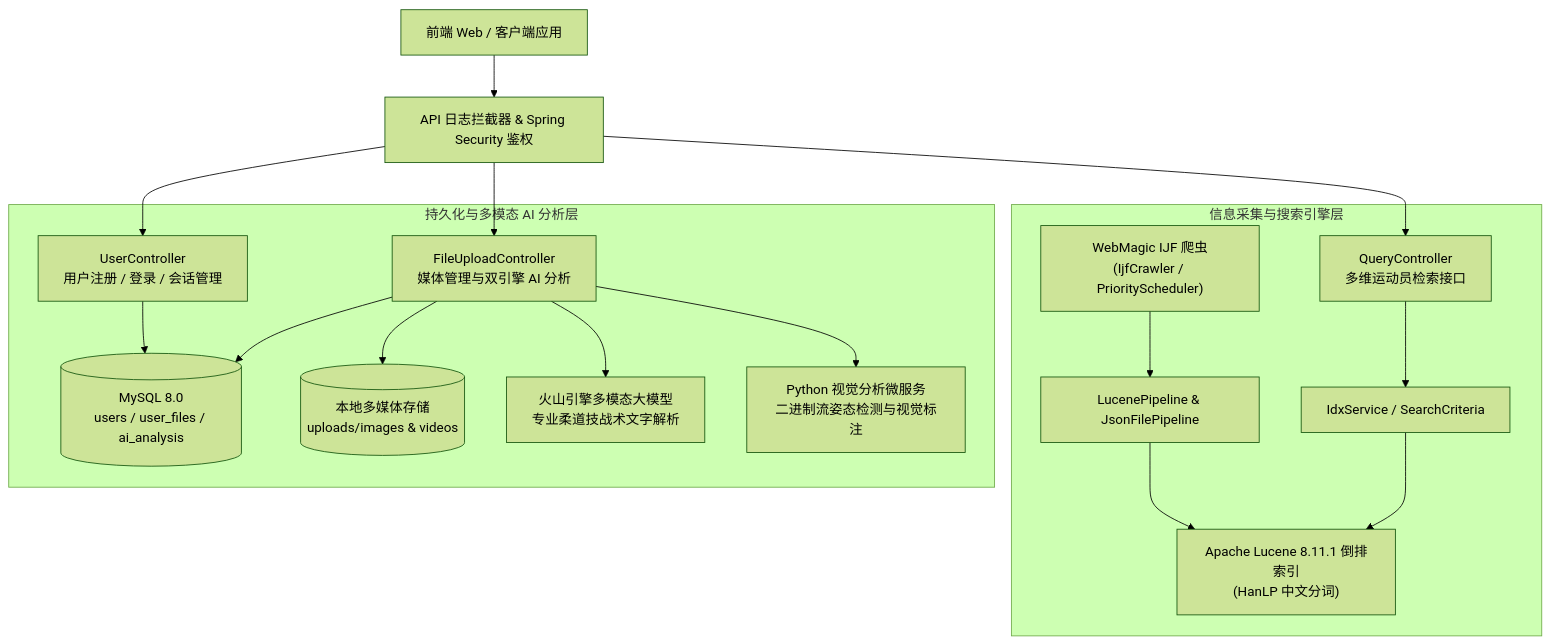
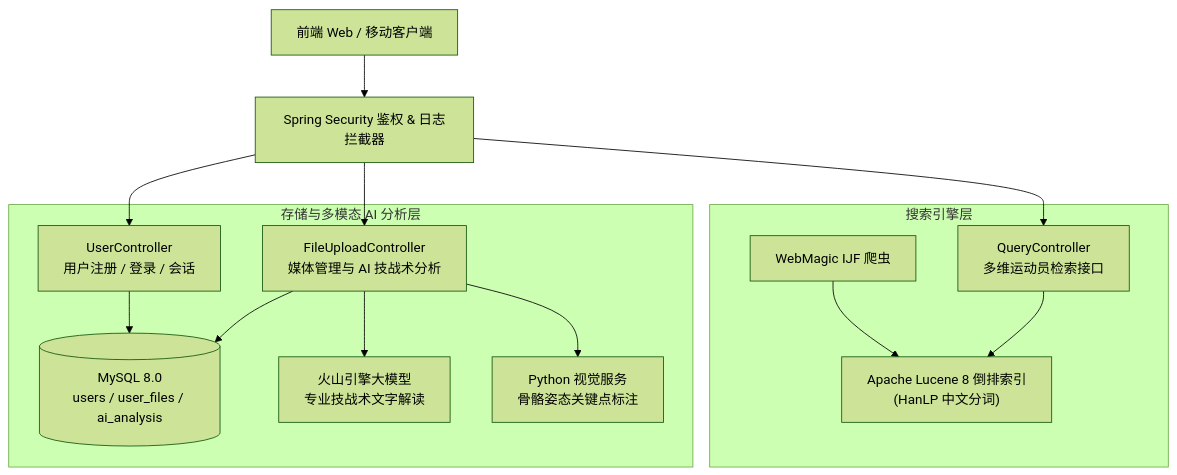
One commit to ZXJC-niusile/JudoPro-Backend changed the diagram in README.md. Above: the diagram before and after it, drawn with Mermaid (forest theme). The commit also changed other lines of this file, not shown here.

````diff
--- a/README.md
+++ b/README.md
@@ -33,22 +29,20 @@
 ```mermaid
 flowchart TB
-    Client["前端 Web / 客户端应用"] --> Interceptor["API 日志拦截器 & Spring Security 鉴权"]
-    Interceptor --> QC["QueryController<br/>多维运动员检索接口"]
-    Interceptor --> UC["UserController<br/>用户注册 / 登录 / 会话管理"]
-    Interceptor --> FC["FileUploadController<br/>媒体管理与双引擎 AI 分析"]
+    Client["前端 Web / 移动客户端"] --> Auth["Spring Security 鉴权 & 日志拦截器"]
+    
+    Auth --> QC["QueryController<br/>多维运动员检索接口"]
+    Auth --> UC["UserController<br/>用户注册 / 登录 / 会话"]
+    Auth --> FC["FileUploadController<br/>媒体管理与 AI 技战术分析"]
 
-    subgraph SearchEngine["信息采集与搜索引擎层"]
-        Crawler["WebMagic IJF 爬虫<br/>(IjfCrawler / PriorityScheduler)"] --> Pipeline["LucenePipeline & JsonFilePipeline"]
-        Pipeline --> LuceneIdx["Apache Lucene 8.11.1 倒排索引<br/>(HanLP 中文分词)"]
-        QC --> IdxService["IdxService / SearchCriteria"]
-        IdxService --> LuceneIdx
+    subgraph Search["搜索引擎层"]
+        Crawler["WebMagic IJF 爬虫"] --> Lucene["Apache Lucene 8 倒排索引<br/>(HanLP 中文分词)"]
+        QC --> Lucene
     end
 
-    subgraph DataAndAI["持久化与多模态 AI 分析层"]
-        UC --> MySQL[("MySQL 8.0<br/>users / user_files / ai_analysis")]
-        FC --> LocalStorage[("本地多媒体存储<br/>uploads/images & videos")]
-        FC --> MySQL
-        FC --> Volcengine["火山引擎多模态大模型<br/>专业柔道技战术文字解析"]
-        FC --> PythonCV["Python 视觉分析微服务<br/>二进制流姿态检测与视觉标注"]
+    subgraph StorageAndAI["存储与多模态 AI 分析层"]
+        UC --> DB[("MySQL 8.0<br/>users / user_files / ai_analysis")]
+        FC --> DB
+        FC --> Volc["火山引擎大模型<br/>专业技战术文字解读"]
+        FC --> PyCV["Python 视觉服务<br/>骨骼姿态关键点标注"]
     end
 ```
````
